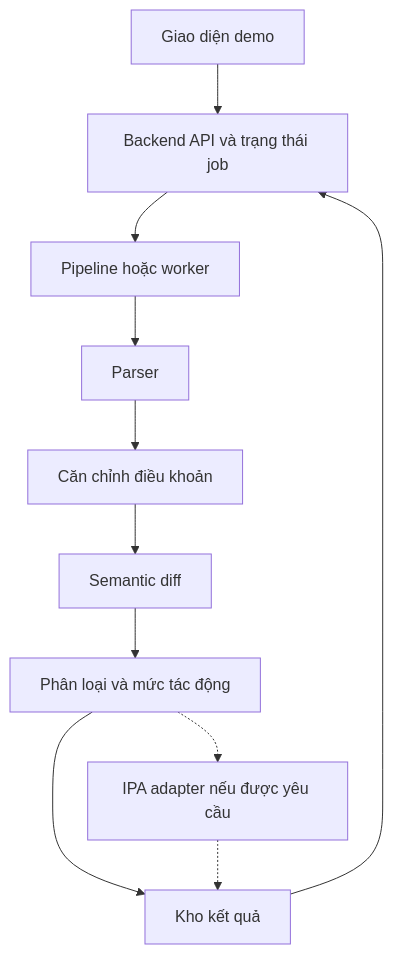
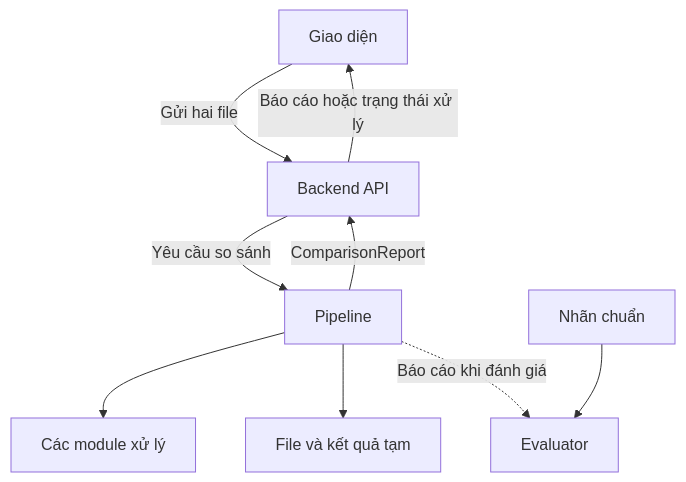
One commit to Lyra1603/group4_legal_document_change_detection changed the first of 2 diagrams in docs/architecture.md. Above: the diagram before and after it, drawn with Mermaid. The commit also changed other lines of this file and 1 other file, not shown here.

Commit message:
docs: hoan thien architecture.md va thong nhat srs.md

````diff
--- a/docs/architecture.md
+++ b/docs/architecture.md
@@ -45,13 +79,11 @@
 ```mermaid
 flowchart TD
-    UI["Giao diện demo"] --> API["Backend API và trạng thái job"]
-    API --> RUN["Pipeline hoặc worker"]
-    RUN --> PARSE["Parser"]
-    PARSE --> ALIGN["Căn chỉnh điều khoản"]
-    ALIGN --> DIFF["Semantic diff"]
-    DIFF --> SCORE["Phân loại và mức tác động"]
-    SCORE --> STORE["Kho kết quả"]
-    STORE --> API
-    SCORE -.-> IPA["IPA adapter nếu được yêu cầu"]
-    IPA -.-> STORE
+    UI["Giao diện"] -->|"Gửi hai file"| API["Backend API"]
+    API -->|"Yêu cầu so sánh"| PIPE["Pipeline"]
+    PIPE -->|"ComparisonReport"| API
+    API -->|"Báo cáo hoặc trạng thái xử lý"| UI
+    PIPE --> CORE["Các module xử lý"]
+    PIPE --> TEMP["File và kết quả tạm"]
+    GOLD["Nhãn chuẩn"] --> EVAL["Evaluator"]
+    PIPE -.->|"Báo cáo khi đánh giá"| EVAL
 ```
````
